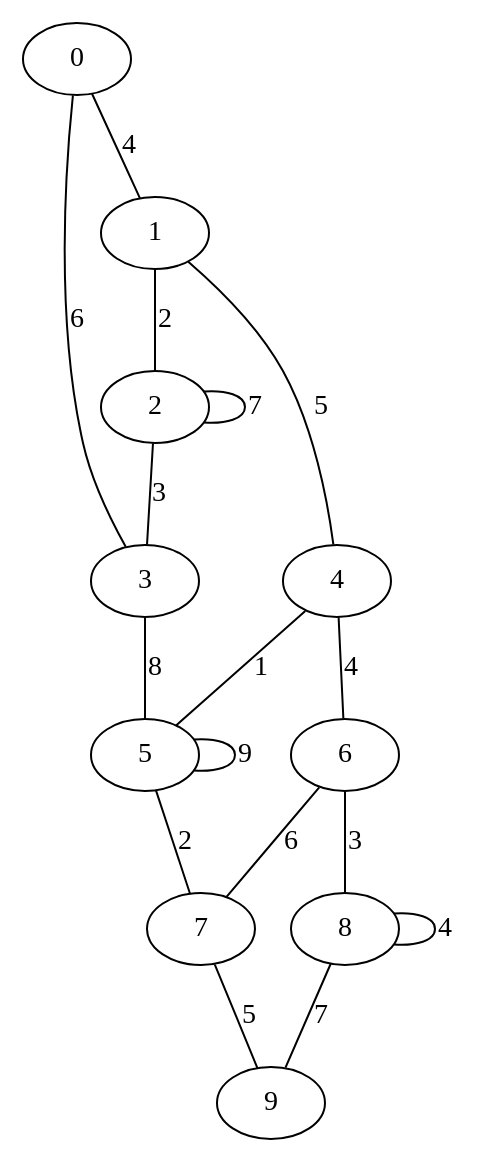
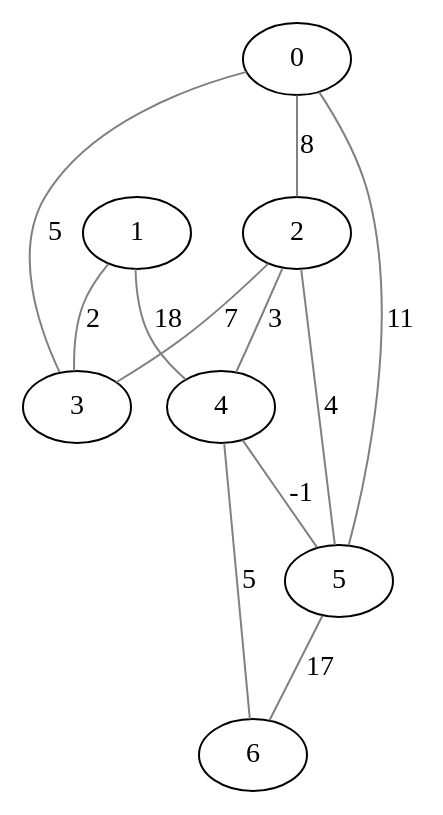
Before and after one commit to henrydnz/trabalho-de-paa: the diagram in graph-view/graphView.dot, drawn with Graphviz. The commit also changed 6 other files, not shown here.

```diff
--- a/graph-view/graphView.dot
+++ b/graph-view/graphView.dot
@@ -1,18 +1,14 @@
 graph G {
-0 -- 1 [label="4"];
-0 -- 3 [label="6"];
-1 -- 2 [label="2"];
-1 -- 4 [label="5"];
-2 -- 2 [label="7"];
-2 -- 3 [label="3"];
-3 -- 5 [label="8"];
-4 -- 5 [label="1"];
-4 -- 6 [label="4"];
-5 -- 5 [label="9"];
-5 -- 7 [label="2"];
-6 -- 7 [label="6"];
-6 -- 8 [label="3"];
-7 -- 9 [label="5"];
-8 -- 8 [label="4"];
-8 -- 9 [label="7"];
+edge [color=gray]
+0 -- 2 [label="8"];
+0 -- 3 [label="5"];
+0 -- 5 [label="11"];
+1 -- 3 [label="2"];
+1 -- 4 [label="18"];
+2 -- 3 [label="7"];
+2 -- 5 [label="4"];
+2 -- 4 [label="3"];
+4 -- 5 [label="-1"];
+4 -- 6 [label="5"];
+5 -- 6 [label="17"];
 }
```
